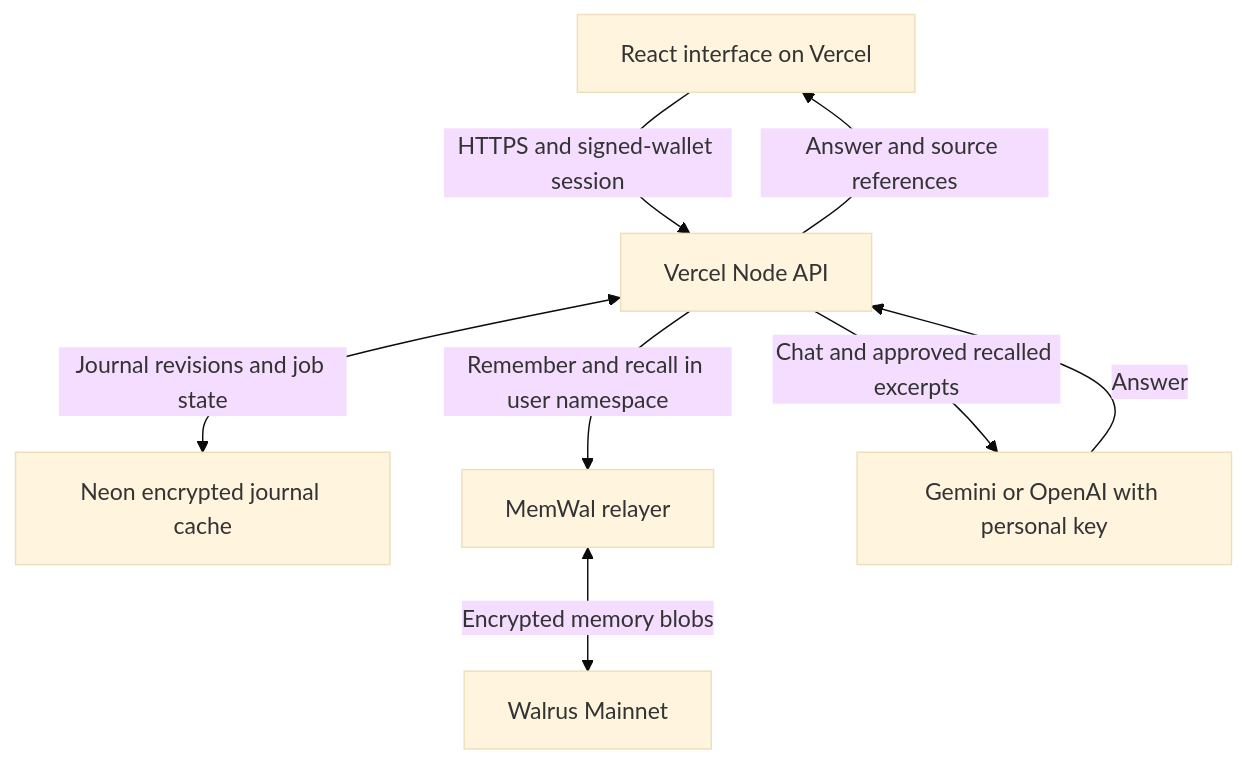
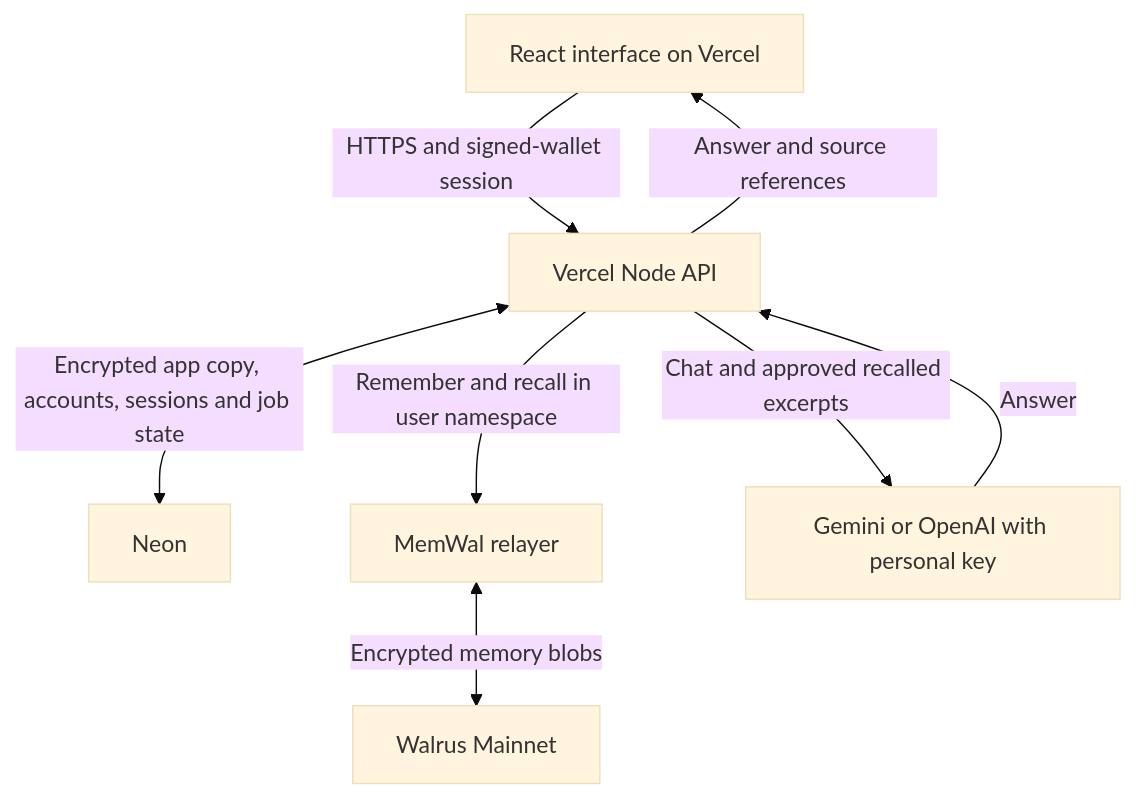
Before and after one commit to Olympusxvn/WalPen: the diagram in README.md, drawn with Mermaid (base theme). The commit also changed other lines of this file, not shown here.

Commit message:
docs: clarify Walrus and Neon storage roles

````diff
--- a/README.md
+++ b/README.md
@@ -100,10 +100,10 @@
 ```mermaid
 flowchart TD
     UI[React interface on Vercel] -->|HTTPS and signed-wallet session| API[Vercel Node API]
-    API <-->|Journal revisions and job state| DB[Neon encrypted journal cache]
+    API <-->|Encrypted app copy, accounts, sessions and job state| DB[Neon]
     API -->|Remember and recall in user namespace| MW[MemWal relayer]
     MW <-->|Encrypted memory blobs| WAL[Walrus Mainnet]
     API -->|Chat and approved recalled excerpts| LLM[Gemini or OpenAI with personal key]
     LLM -->|Answer| API
     API -->|Answer and source references| UI
 ```
````
